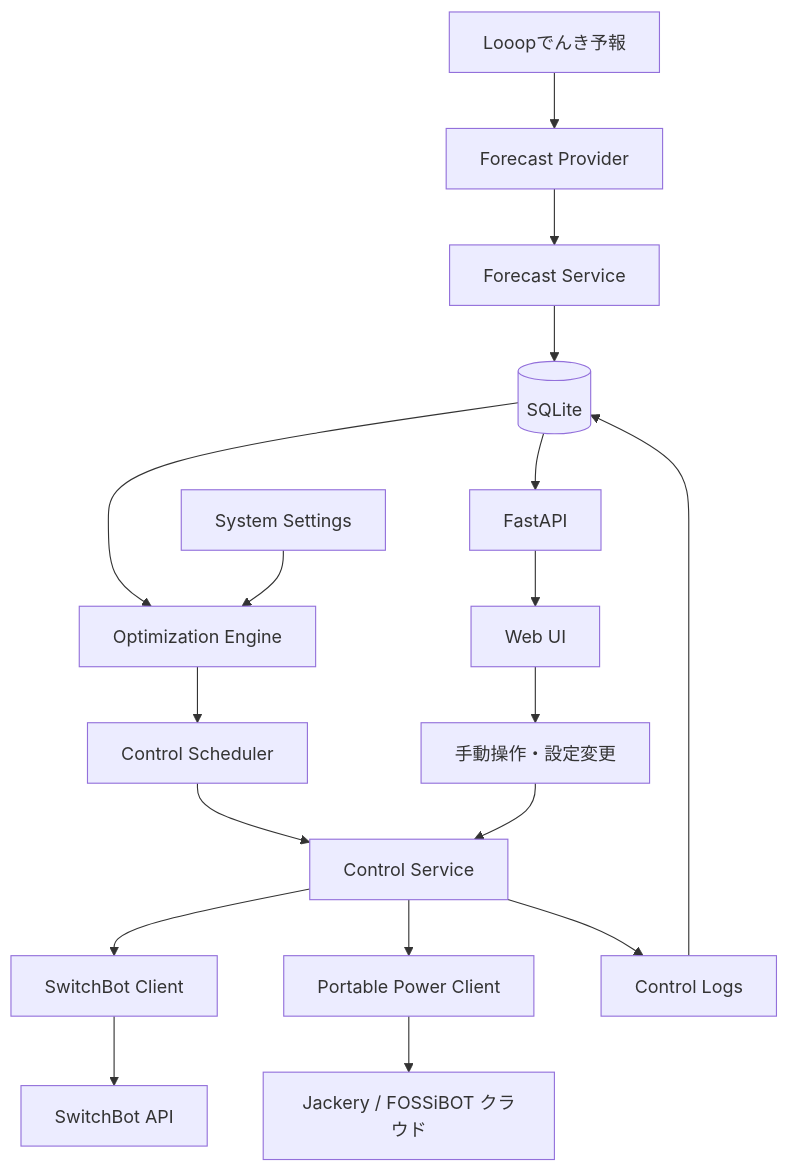
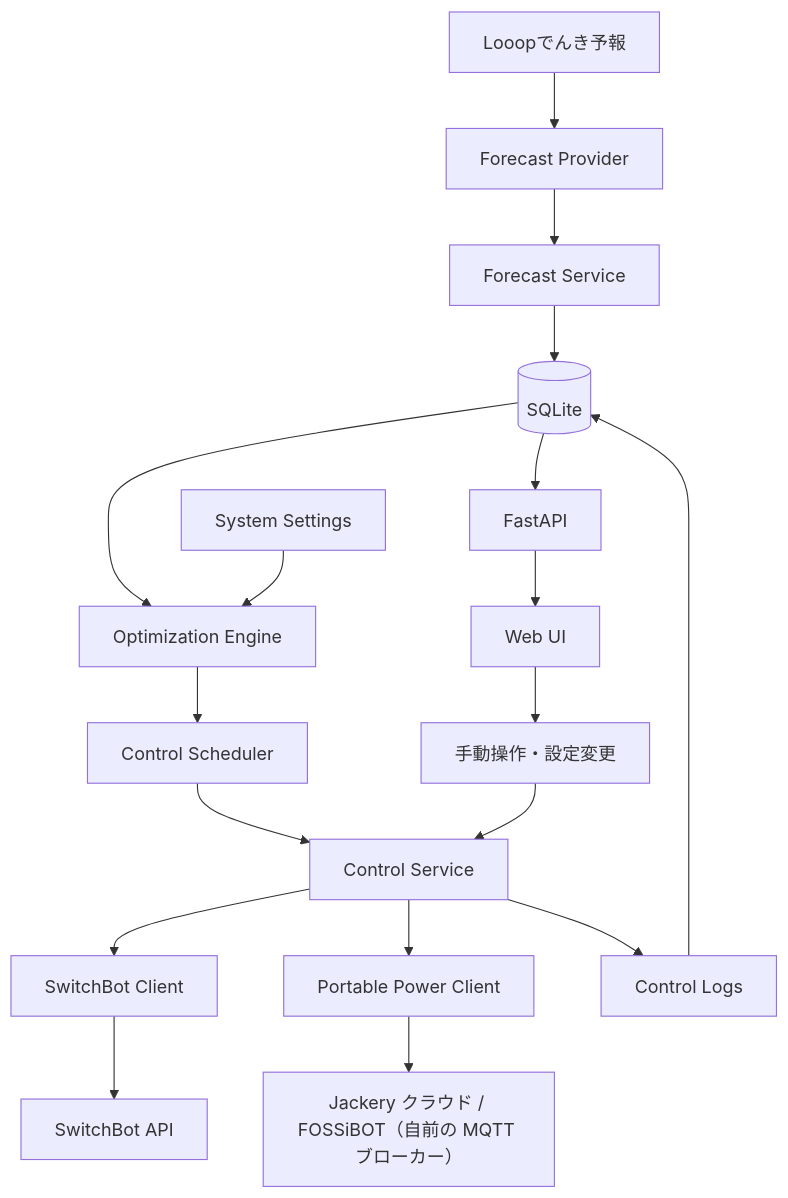
One commit to yuta-takahashi1996/looop-smart-plug-controll changed the diagram in docs/03-architecture.md. Above: the diagram before and after it, drawn with Mermaid. The commit also changed 19 other files, not shown here.

First line of the commit message:
feat: FOSSiBOT F2400 にローカル MQTT ブローカー経由で対応する

````diff
--- a/docs/03-architecture.md
+++ b/docs/03-architecture.md
@@ -5,27 +5,27 @@
 ```mermaid
 flowchart TD
     A[Looopでんき予報] --> B[Forecast Provider]
     B --> C[Forecast Service]
     C --> D[(SQLite)]
 
     D --> E[Optimization Engine]
     F[System Settings] --> E
 
     E --> G[Control Scheduler]
     G --> H[Control Service]
 
     H --> I[SwitchBot Client]
     I --> J[SwitchBot API]
 
     H --> P[Portable Power Client]
-    P --> Q[Jackery / FOSSiBOT クラウド]
+    P --> Q[Jackery クラウド / FOSSiBOT（自前の MQTT ブローカー）]
 
     D --> K[FastAPI]
     K --> L[Web UI]
 
     L --> M[手動操作・設定変更]
     M --> H
 
     H --> N[Control Logs]
     N --> D
 ```
````
